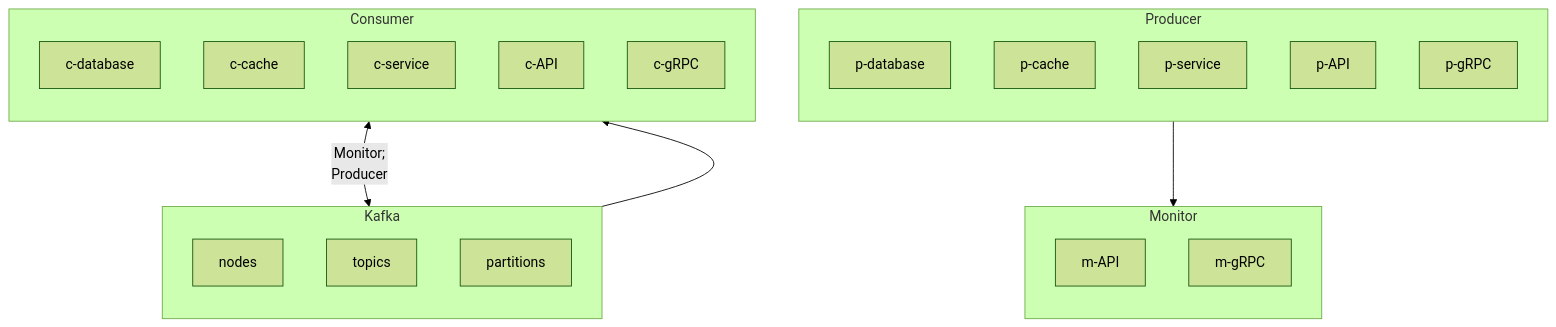
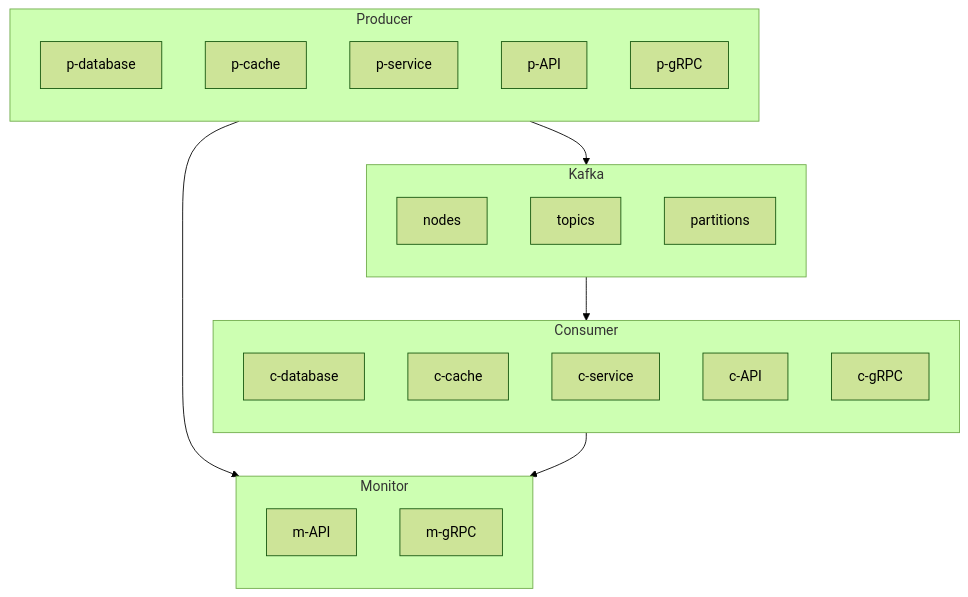
The diagram in README.md (BurhanH/proxeneta), drawn with Mermaid (forest theme) before and after one commit.

````diff
--- a/README.md
+++ b/README.md
@@ -4,35 +4,35 @@
 ```mermaid
 flowchart TD;
     subgraph Producer;
         direction TB;
         p-database;
         p-cache;
         p-service;
         p-API;
         p-gRPC;
     end
     subgraph Kafka;
         direction TB;
         nodes;
         topics;
         partitions;
     end
     subgraph Consumer;
         direction TB;
         c-database;
         c-cache;
         c-service;
         c-API;
         c-gRPC;
     end
     subgraph Monitor;
         direction TB;
         m-API;
         m-gRPC;
     end
 
     Producer --> Monitor;
-    Consumer <-- Monitor;
+    Consumer --> Monitor;
     Producer --> Kafka;
     Kafka --> Consumer;
 ```
````
